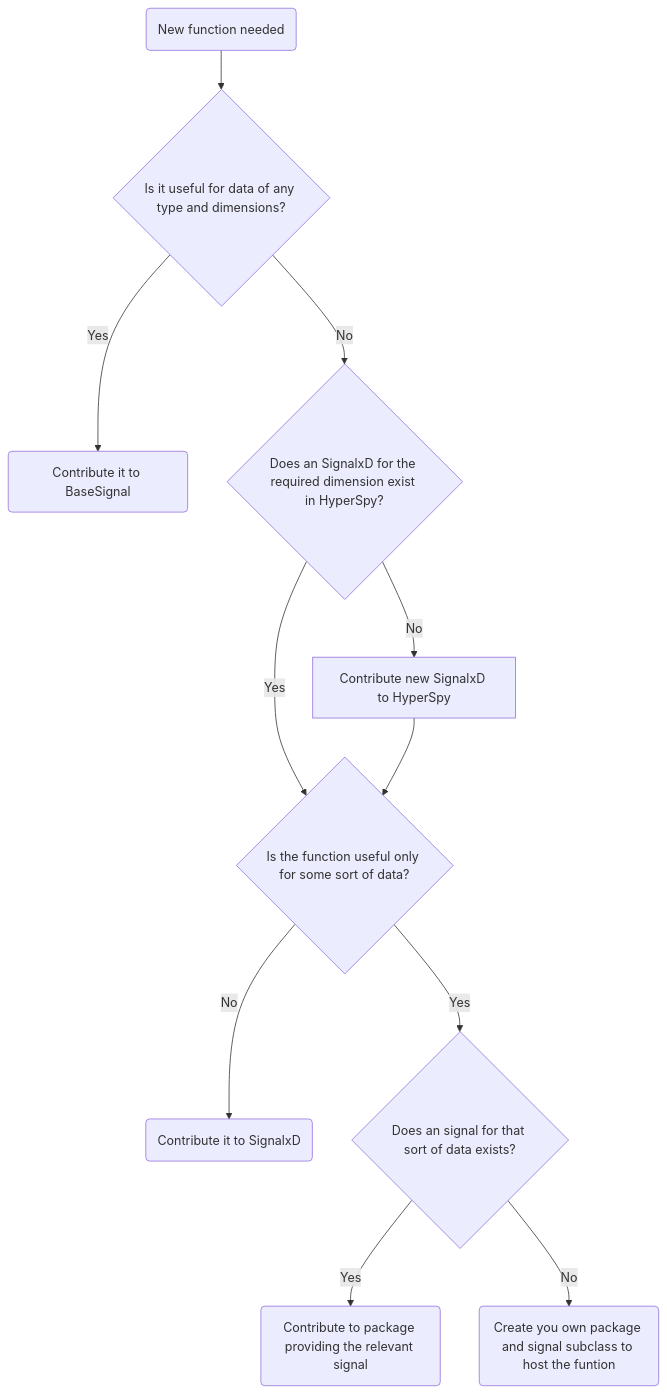
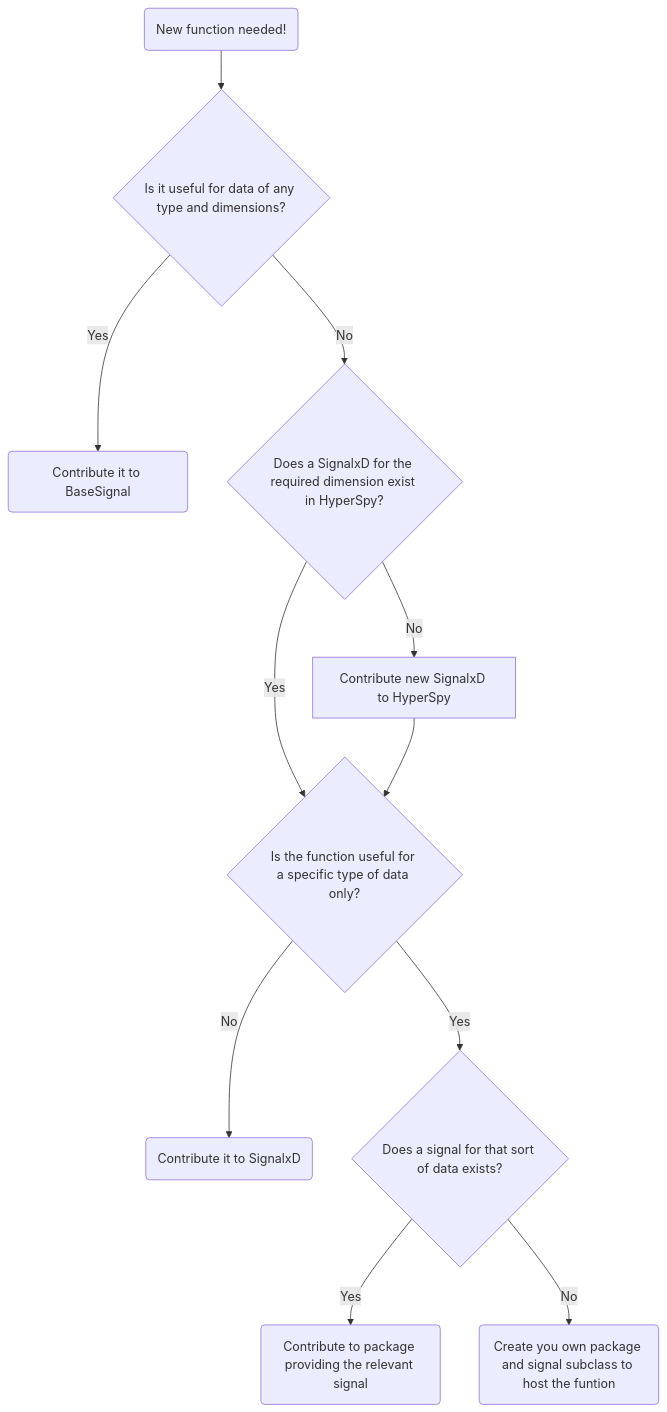
The first of 4 diagrams in doc/dev_guide/writing_extensions.rst (hyperspy/hyperspy), drawn with Mermaid before and after one commit. The commit also changed other lines of this file and 10 other files, not shown here.

```diff
--- a/doc/dev_guide/writing_extensions.rst
+++ b/doc/dev_guide/writing_extensions.rst
@@ -89,24 +89,24 @@
     .. mermaid::
 
        graph TD
 
-         A(New function needed)
+         A(New function needed!)
          B{Is it useful for data of any type and dimensions?}
          C(Contribute it to BaseSignal)
-         D{Does an SignalxD for the required dimension exist in HyperSpy?}
+         D{Does a SignalxD for the required dimension exist in HyperSpy?}
          E[Contribute new SignalxD to HyperSpy]
-         F{Is the function useful only for some sort of data?}
+         F{Is the function useful for a specific type of data only?}
          G(Contribute it to SignalxD)
-         H{Does an signal for that sort of data exists?}
+         H{Does a signal for that sort of data exists?}
          I(Contribute to package providing the relevant signal)
          J(Create you own package and signal subclass to host the funtion)
          A-->B
          B-- Yes -->C
          B-- No  -->D
          D-- Yes -->F
          D-- No  -->E
          E-->F
          F-- Yes -->H
          F-- No  -->G
          H-- Yes -->I
          H-- No -->J
```
